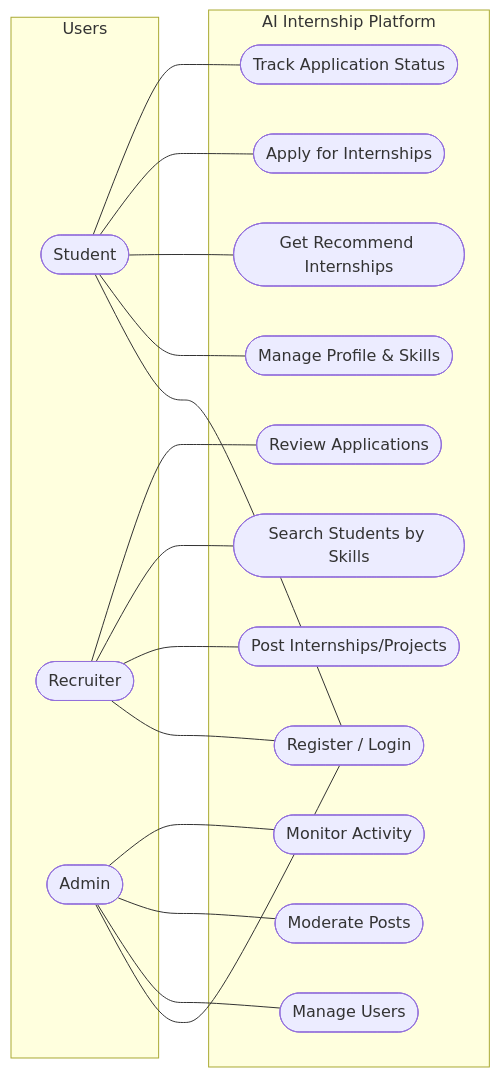
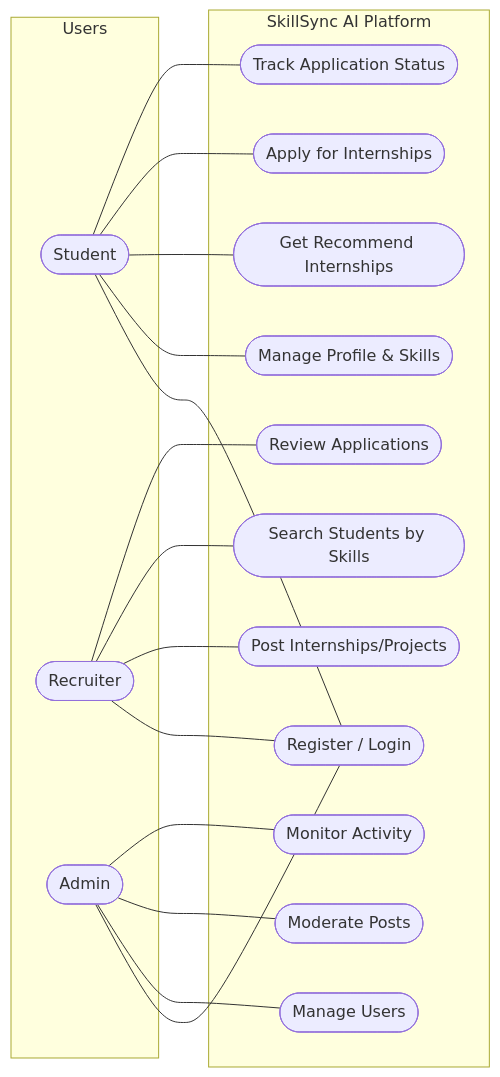
Before and after one commit to singhankit001/skillsync-ai: the diagram in useCaseDiagram.md, drawn with Mermaid. The commit also changed 1 other file, not shown here.

Commit message:
docs: rename platform to SkillSync AI

````diff
--- a/useCaseDiagram.md
+++ b/useCaseDiagram.md
@@ -3,45 +3,45 @@
 ```mermaid
 flowchart LR
     %% Actors
     subgraph Users
         Student([Student])
         Recruiter([Recruiter])
         Admin([Admin])
     end
 
     %% System
-    subgraph "AI Internship Platform"
+    subgraph "SkillSync AI Platform"
         UC1([Register / Login])
         UC2([Manage Profile & Skills])
         UC3([Get Recommend Internships])
         UC4([Apply for Internships])
         UC5([Track Application Status])
         
         UC6([Post Internships/Projects])
         UC7([Search Students by Skills])
         UC8([Review Applications])
         
         UC9([Manage Users])
         UC10([Moderate Posts])
         UC11([Monitor Activity])
     end
 
     %% Student Relationships
     Student --- UC1
     Student --- UC2
     Student --- UC3
     Student --- UC4
     Student --- UC5
 
     %% Recruiter Relationships
     Recruiter --- UC1
     Recruiter --- UC6
     Recruiter --- UC7
     Recruiter --- UC8
 
     %% Admin Relationships
     Admin --- UC1
     Admin --- UC9
     Admin --- UC10
     Admin --- UC11
 ```
````
